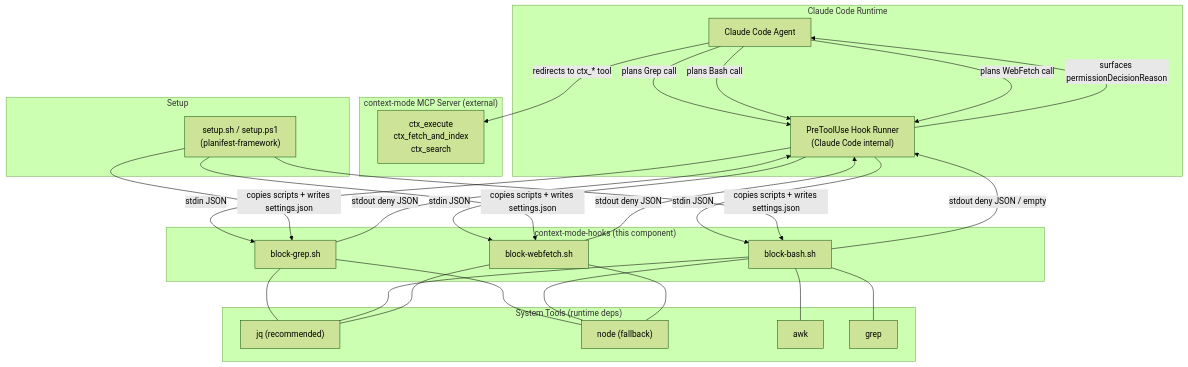
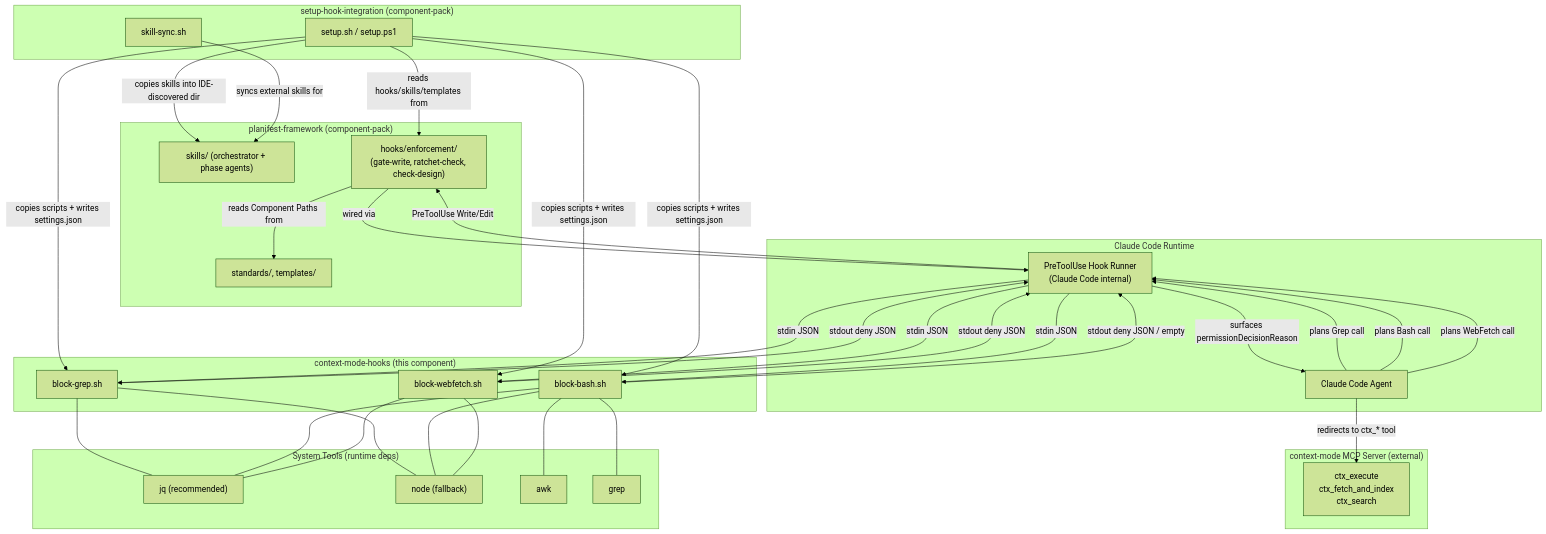
Before and after one commit to planifest/planifest-framework: the diagram in docs/dependency-graph.md, drawn with Mermaid (forest theme). The commit also changed other lines of this file and 16 other files, not shown here.

````diff
--- a/docs/dependency-graph.md
+++ b/docs/dependency-graph.md
@@ -10,56 +10,69 @@
 ```mermaid
 graph TD
+    subgraph "planifest-framework (component-pack)"
+        SKILLS["skills/ (orchestrator + phase agents)"]
+        STANDARDS["standards/, templates/"]
+        ENFORCE["hooks/enforcement/\n(gate-write, ratchet-check, check-design)"]
+    end
+
     subgraph "Claude Code Runtime"
         CC[Claude Code Agent]
         HookRunner["PreToolUse Hook Runner\n(Claude Code internal)"]
     end
 
     subgraph "context-mode-hooks (this component)"
         BG["block-grep.sh"]
         BB["block-bash.sh"]
         BW["block-webfetch.sh"]
     end
 
     subgraph "context-mode MCP Server (external)"
         CTX["ctx_execute\nctx_fetch_and_index\nctx_search"]
     end
 
-    subgraph "Setup"
-        SH["setup.sh / setup.ps1\n(planifest-framework)"]
+    subgraph "setup-hook-integration (component-pack)"
+        SH["setup.sh / setup.ps1"]
+        SKS["skill-sync.sh"]
     end
 
     subgraph "System Tools (runtime deps)"
         JQ["jq (recommended)"]
         NODE["node (fallback)"]
         AWK["awk"]
         GREP_BIN["grep"]
     end
 
     CC -->|"plans Grep call"| HookRunner
     CC -->|"plans Bash call"| HookRunner
     CC -->|"plans WebFetch call"| HookRunner
 
     HookRunner -->|"stdin JSON"| BG
     HookRunner -->|"stdin JSON"| BB
     HookRunner -->|"stdin JSON"| BW
 
     BG -->|"stdout deny JSON"| HookRunner
     BB -->|"stdout deny JSON / empty"| HookRunner
     BW -->|"stdout deny JSON"| HookRunner
 
     HookRunner -->|"surfaces permissionDecisionReason"| CC
     CC -->|"redirects to ctx_* tool"| CTX
 
     SH -->|"copies scripts + writes settings.json"| BG
     SH -->|"copies scripts + writes settings.json"| BB
     SH -->|"copies scripts + writes settings.json"| BW
+    SH -->|"reads hooks/skills/templates from"| ENFORCE
+    SH -->|"copies skills into IDE-discovered dir"| SKILLS
+    SKS -->|"syncs external skills for"| SKILLS
+    ENFORCE -->|"wired via"| HookRunner
+    HookRunner -->|"PreToolUse Write/Edit"| ENFORCE
+    ENFORCE -->|"reads Component Paths from"| STANDARDS
 
     BG --- JQ
     BG --- NODE
     BB --- JQ
     BB --- NODE
     BB --- AWK
     BB --- GREP_BIN
     BW --- JQ
     BW --- NODE
 ```
````
